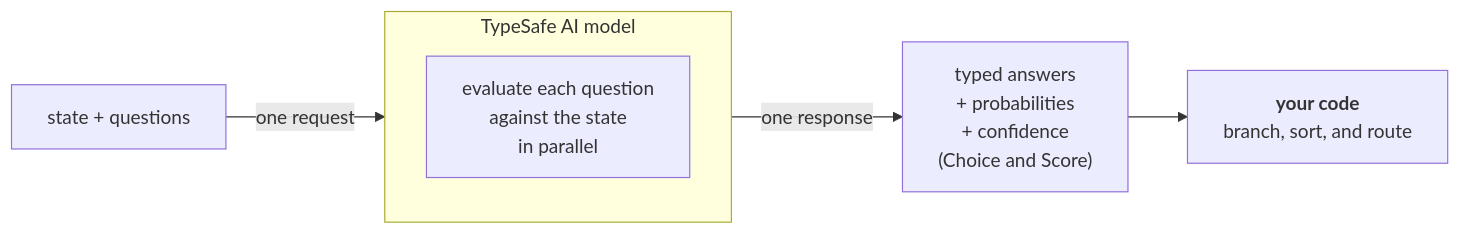
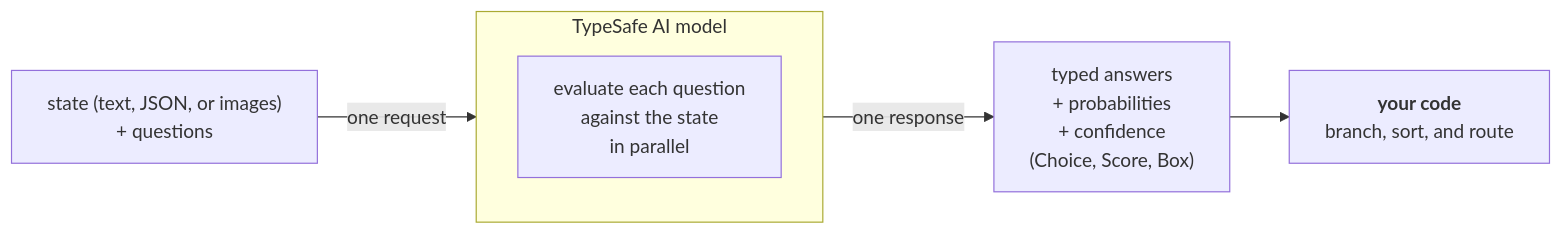
The diagram in docs/01-introduction.md (typesafe-docs/typesafeai), drawn with Mermaid before and after one commit. The commit also changed other lines of this file and 118 other files, not shown here.

First line of the commit message:
Sync with docs.typesafe.ai: Jev 1.14, images, Box, SDK 0.7.5 / JS 0.7.0

````diff
--- a/docs/01-introduction.md
+++ b/docs/01-introduction.md
@@ -11,10 +11,10 @@
 ```mermaid
 flowchart LR
-    input["state + questions"]
+    input["state (text, JSON, or images)<br/>+ questions"]
     subgraph model["TypeSafe AI model"]
         evaluate["evaluate each question<br/>against the state<br/>in parallel"]
     end
     input -- "one request" --> model
-    model -- "one response" --> answers["typed answers<br/>+ probabilities<br/>+ confidence<br/>(Choice and Score)"]
+    model -- "one response" --> answers["typed answers<br/>+ probabilities<br/>+ confidence<br/>(Choice, Score, Box)"]
     answers --> code["<b>your code</b><br/>branch, sort, and route"]
 ```
````
